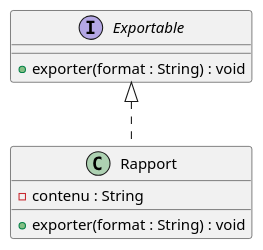
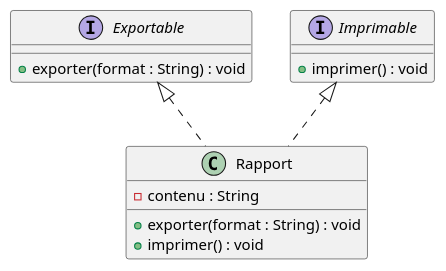
One commit to JR-CIEL-2-PROGRAMMATION/uml-learning changed the second of 9 diagrams in 02-diagramme-classes/apport-de-connaissance/apport-de-connaissance.md. Above: the diagram before and after it, drawn with PlantUML. The commit also changed other lines of this file, not shown here.

First line of the commit message:
Enrichir l'apport de connaissance du diagramme de classes

````diff
--- a/02-diagramme-classes/apport-de-connaissance/apport-de-connaissance.md
+++ b/02-diagramme-classes/apport-de-connaissance/apport-de-connaissance.md
@@ -79,12 +147,17 @@
 ```plantuml
 @startuml
 interface Exportable {
     + exporter(format : String) : void
 }
+interface Imprimable {
+    + imprimer() : void
+}
 class Rapport {
     - contenu : String
     + exporter(format : String) : void
+    + imprimer() : void
 }
 Exportable <|.. Rapport
+Imprimable <|.. Rapport
 @enduml
 ```
````
